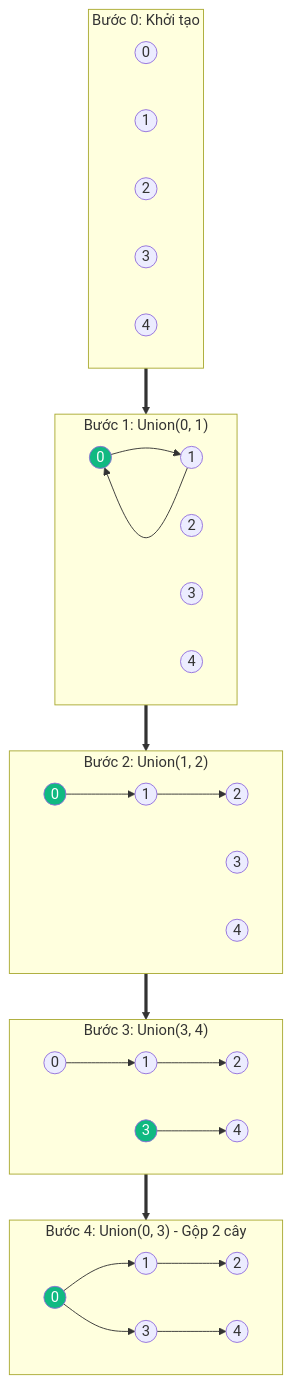
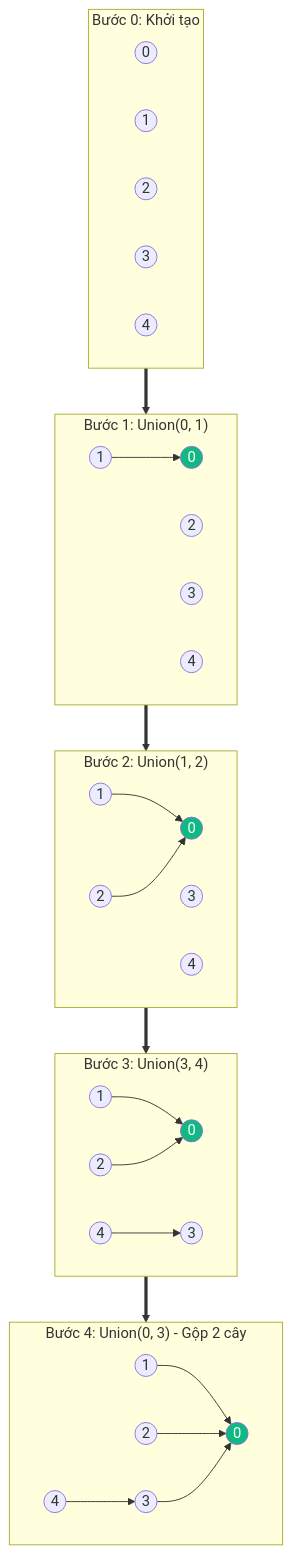
Before and after one commit to maitieubao/VisualizationDSA: the second of 2 diagrams in frontend/src/features/docs/content/trees/union-find.md, drawn with Mermaid. The commit also changed other lines of this file and 598 other files, not shown here.

````diff
--- a/frontend/src/features/docs/content/trees/union-find.md
+++ b/frontend/src/features/docs/content/trees/union-find.md
@@ -255,44 +255,43 @@
 ```mermaid
 flowchart TB
     subgraph Step0 ["Bước 0: Khởi tạo"]
         S0_0((0)) 
         S0_1((1))
         S0_2((2))
         S0_3((3))
         S0_4((4))
     end
     
     subgraph Step1 ["Bước 1: Union(0, 1)"]
-        S1_0((0)) --> S1_1((1))
+        S1_1((1)) --> S1_0((0))
         S1_2((2))
         S1_3((3))
         S1_4((4))
-        S1_1 --> S1_0
         style S1_0 fill:#10b981,color:#fff
     end
     
     subgraph Step2 ["Bước 2: Union(1, 2)"]
-        S2_0((0)) --> S2_1((1))
-        S2_1 --> S2_2((2))
+        S2_1((1)) --> S2_0((0))
+        S2_2((2)) --> S2_0((0))
         S2_3((3))
         S2_4((4))
         style S2_0 fill:#10b981,color:#fff
     end
     
     subgraph Step3 ["Bước 3: Union(3, 4)"]
-        S3_0((0)) --> S3_1((1))
-        S3_1 --> S3_2((2))
-        S3_3((3)) --> S3_4((4))
-        style S3_3 fill:#10b981,color:#fff
+        S3_1((1)) --> S3_0((0))
+        S3_2((2)) --> S3_0((0))
+        S3_4((4)) --> S3_3((3))
+        style S3_0 fill:#10b981,color:#fff
     end
     
     subgraph Step4 ["Bước 4: Union(0, 3) - Gộp 2 cây"]
-        S4_0((0)) --> S4_1((1))
-        S4_1 --> S4_2((2))
-        S4_0 --> S4_3((3))
-        S4_3 --> S4_4((4))
+        S4_1((1)) --> S4_0((0))
+        S4_2((2)) --> S4_0((0))
+        S4_3((3)) --> S4_0((0))
+        S4_4((4)) --> S4_3((3))
         style S4_0 fill:#10b981,color:#fff
     end
     
     Step0 ==> Step1 ==> Step2 ==> Step3 ==> Step4
 ```
````
